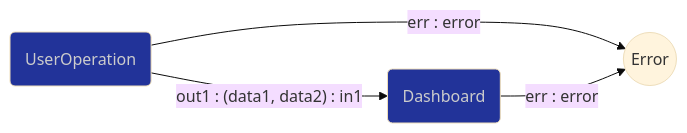
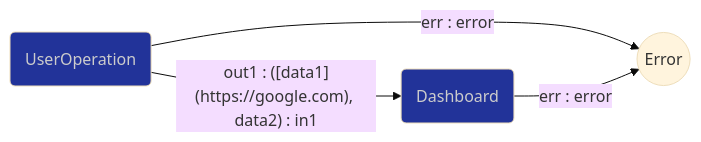
The diagram in mermaid/test-links.md (flowdev/flow-dsl), drawn with Mermaid (base theme) before and after one commit.

Commit message:
Test MD on arrows.

````diff
--- a/mermaid/test-links.md
+++ b/mermaid/test-links.md
@@ -3,16 +3,16 @@
 ```mermaid
 flowchart LR
     user("UserOperation")
     dash("Dashboard")
     err(("Error"))
 
-    user -- out1 : (data1, data2) : in1 --> dash
+    user -- "`out1 : ([data1](https://google.com), data2) : in1`" --> dash
     user -- err : error --> err
     dash -- err : error --> err
 
     click dash "https://google.com" _blank
     click user "../README.md" _blank
     classDef blue fill:#239,color:#ccc;
     class user blue
     class dash blue
 ```
````
